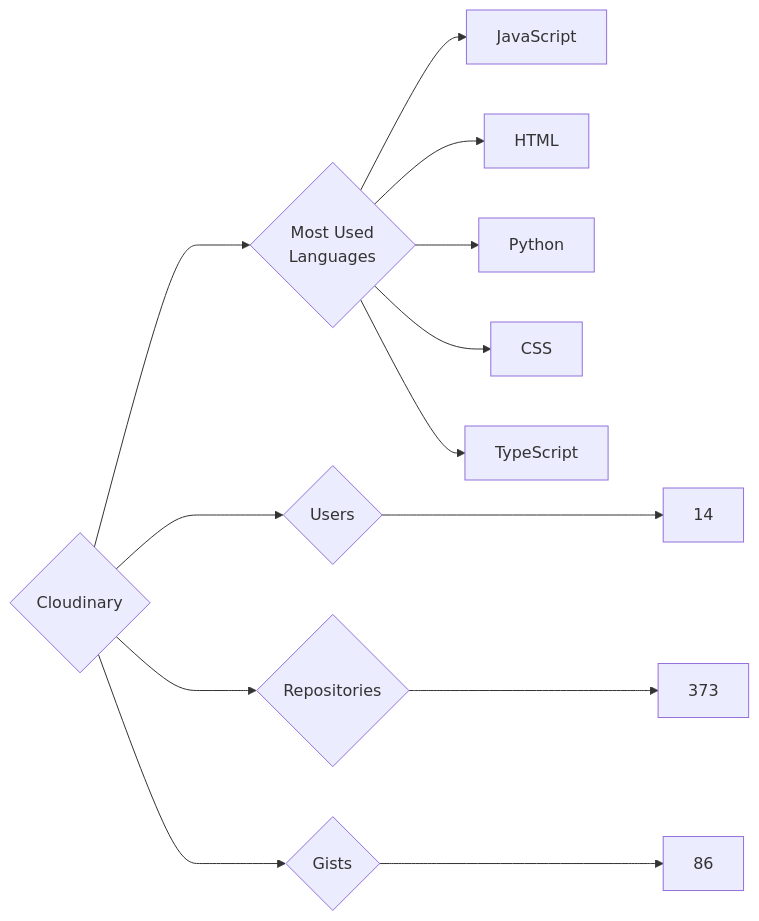
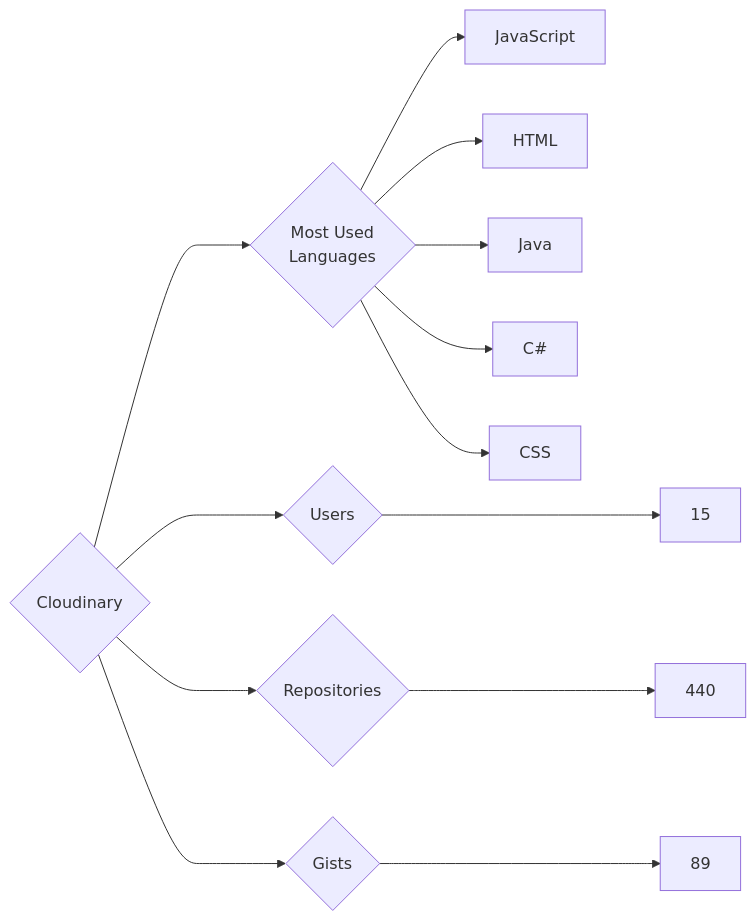
Before and after one commit to trickest/insiders: the diagram in targets/Cloudinary/README.md, drawn with Mermaid. The commit also changed 933 other files, not shown here.

````diff
--- a/targets/Cloudinary/README.md
+++ b/targets/Cloudinary/README.md
@@ -3,13 +3,13 @@
 ```mermaid
 graph LR
 COMPANY_NAME{Cloudinary}
-COMPANY_NAME ---> U{Users} ---> UN[14]
-COMPANY_NAME ---> R{Repositories} ---> RN[373]
-COMPANY_NAME ---> G{Gists} ---> GN[86]
+COMPANY_NAME ---> U{Users} ---> UN[15]
+COMPANY_NAME ---> R{Repositories} ---> RN[440]
+COMPANY_NAME ---> G{Gists} ---> GN[89]
 COMPANY_NAME ---> ML{Most Used<br>Languages}
 ML --> JavaScript[JavaScript]
 ML --> HTML[HTML]
-ML --> Python[Python]
+ML --> Java[Java]
+ML --> C#[C#]
 ML --> CSS[CSS]
-ML --> TypeScript[TypeScript]
 ```
````
